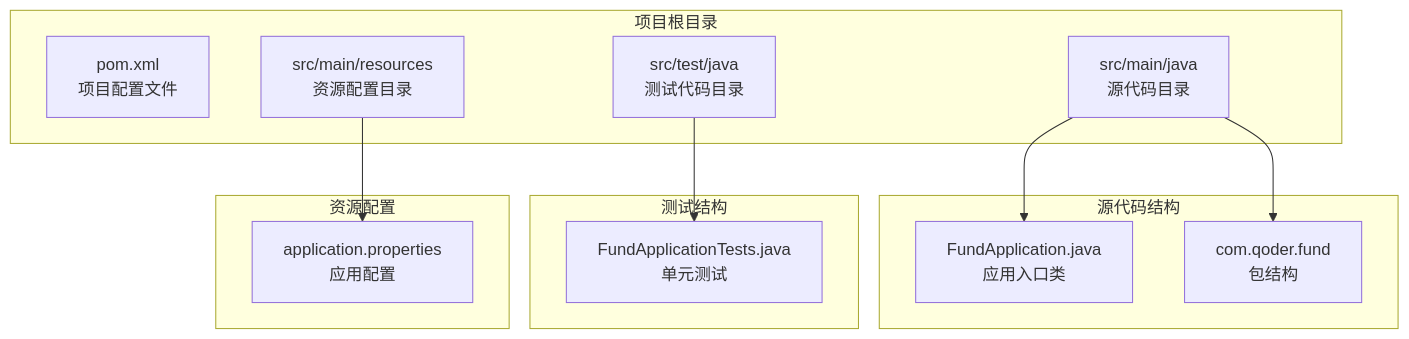
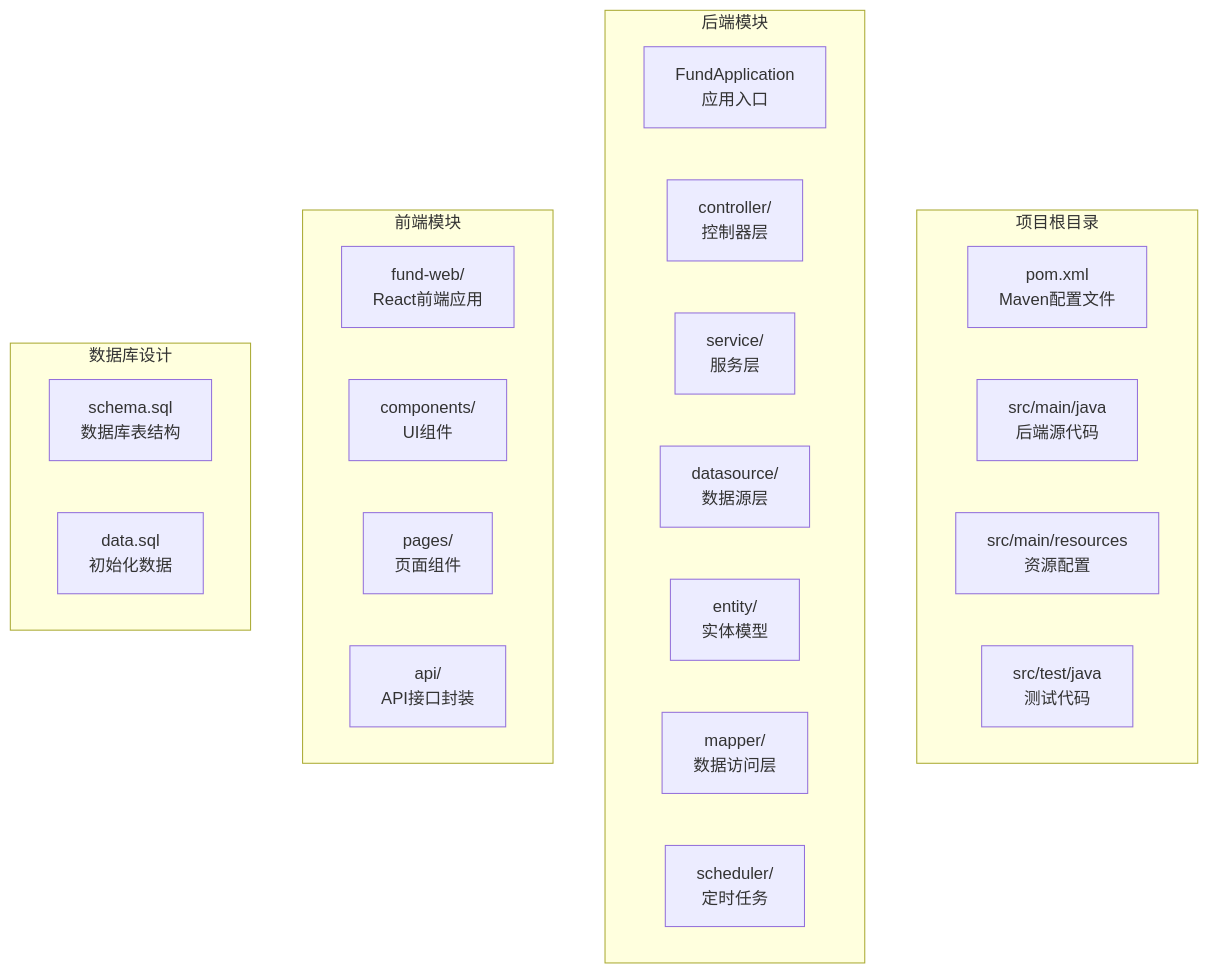
The first of 8 diagrams in .qoder/repowiki/zh/content/项目概述.md (gree-coder/fund-butler), drawn with Mermaid before and after one commit. The commit also changed other lines of this file and 10 other files, not shown here.

````diff
--- a/.qoder/repowiki/zh/content/项目概述.md
+++ b/.qoder/repowiki/zh/content/项目概述.md
@@ -37,23 +54,28 @@
 ```mermaid
 graph TB
 subgraph "项目根目录"
-POM[pom.xml<br/>项目配置文件]
-SRC[src/main/java<br/>源代码目录]
-TEST[src/test/java<br/>测试代码目录]
-RES[src/main/resources<br/>资源配置目录]
+POM[pom.xml<br/>Maven配置文件]
+SRC[src/main/java<br/>后端源代码]
+RES[src/main/resources<br/>资源配置]
+TEST[src/test/java<br/>测试代码]
 end
-subgraph "源代码结构"
-APP[FundApplication.java<br/>应用入口类]
-PKG[com.qoder.fund<br/>包结构]
+subgraph "后端模块"
+APP[FundApplication<br/>应用入口]
+CONTROLLER[controller/<br/>控制器层]
+SERVICE[service/<br/>服务层]
+DATASOURCE[datasource/<br/>数据源层]
+ENTITY[entity/<br/>实体模型]
+MAPPER[mapper/<br/>数据访问层]
+SCHEDULER[scheduler/<br/>定时任务]
 end
-subgraph "测试结构"
-UNIT_TESTS[FundApplicationTests.java<br/>单元测试]
+subgraph "前端模块"
+WEB[fund-web/<br/>React前端应用]
+COMPONENTS[components/<br/>UI组件]
+PAGES[pages/<br/>页面组件]
+API[api/<br/>API接口封装]
 end
-subgraph "资源配置"
-APP_PROPS[application.properties<br/>应用配置]
+subgraph "数据库设计"
+SCHEMA[schema.sql<br/>数据库表结构]
+DATA[data.sql<br/>初始化数据]
 end
-SRC --> APP
-SRC --> PKG
-TEST --> UNIT_TESTS
-RES --> APP_PROPS
 ```
````
